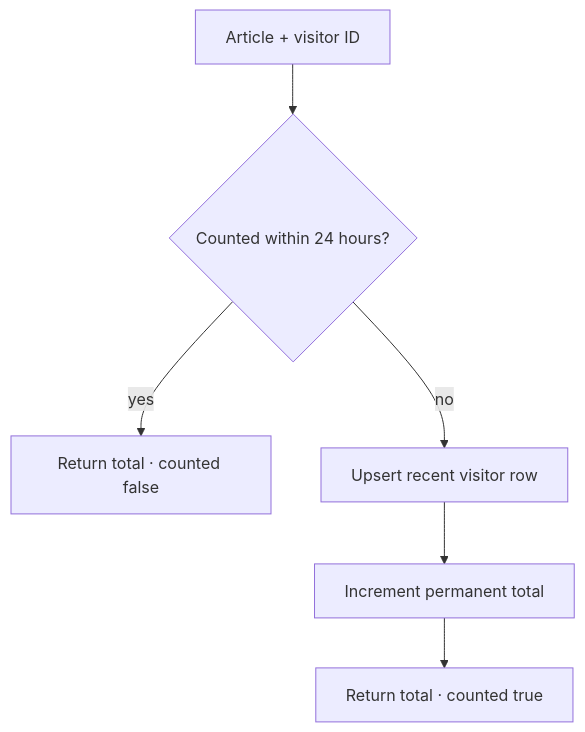
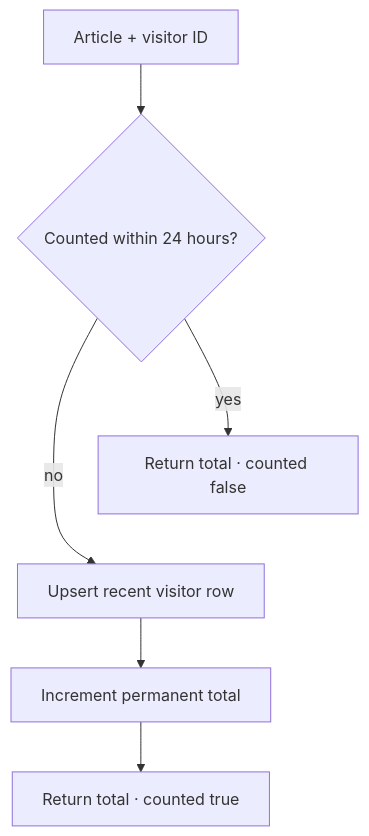
Before and after one commit to ErickCReis/ErickCReis: the third of 3 diagrams in web/content/blog/the-blog-layer-static-pages-live-view-counts.mdx, drawn with Mermaid. The commit also changed other lines of this file and 21 other files, not shown here.

First line of the commit message:
Improve Mermaid diagram readability across blog posts

````diff
--- a/web/content/blog/the-blog-layer-static-pages-live-view-counts.mdx
+++ b/web/content/blog/the-blog-layer-static-pages-live-view-counts.mdx
@@ -103,8 +100,9 @@
 ```mermaid center
 flowchart TB
   Request["Article + visitor ID"] --> Recent{"Counted within 24 hours?"}
   Recent -->|yes| Existing["Return total · counted false"]
   Recent -->|no| Visitor["Upsert recent visitor row"]
+  Existing ~~~ Visitor
   Visitor --> Total["Increment permanent total"]
   Total --> Result["Return total · counted true"]
 ```
````
